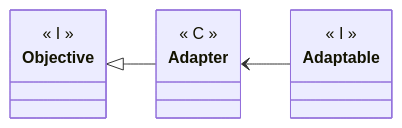
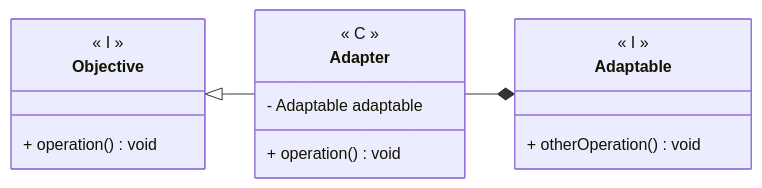
The diagram in Programming/Patterns/data/Adapter.md (angelromarco04/MyNotes), drawn with Mermaid before and after one commit. The commit also changed other lines of this file, not shown here.

````diff
--- a/Programming/Patterns/data/Adapter.md
+++ b/Programming/Patterns/data/Adapter.md
@@ -19,20 +22,23 @@
 ```mermaid
 classDiagram
 direction LR
 
 Objective <|-- Adapter
-Adapter <-- Adaptable
+Adapter --* Adaptable
 
 class Objective {
 	<< I >>
-	
+	+ operation() void
 }
 
 class Adapter {
 	<< C >>
+	- Adaptable adaptable
+	+ operation() void
 }
 
 class Adaptable {
 	<< I >>
+	+ otherOperation() void
 }
 ```
````
